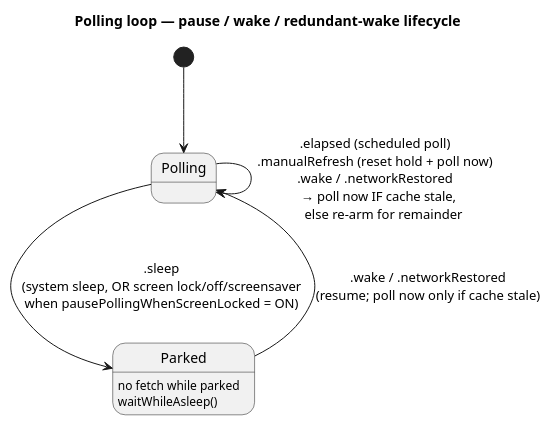
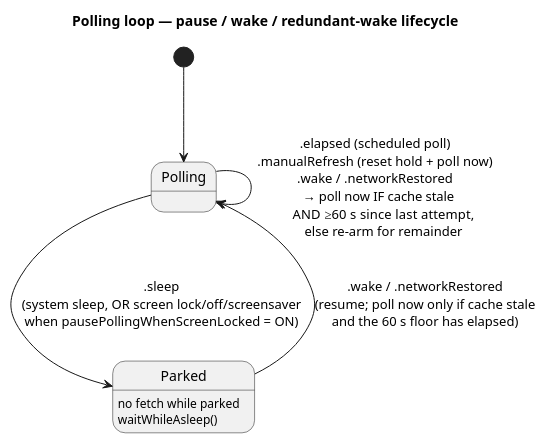
Before and after one commit to artem-from-ua/tokenpace: the second of 6 diagrams in docs/reference/architecture/data-flow.md, drawn with PlantUML. The commit also changed other lines of this file and 22 other files, not shown here.

````diff
--- a/docs/reference/architecture/data-flow.md
+++ b/docs/reference/architecture/data-flow.md
@@ -51,11 +54,11 @@
 ```plantuml
 @startuml
 title Polling loop — pause / wake / redundant-wake lifecycle
 [*] --> Polling
-Polling --> Polling : .elapsed (scheduled poll)\n.manualRefresh (reset hold + poll now)\n.wake / .networkRestored\n  → poll now IF cache stale,\n     else re-arm for remainder
+Polling --> Polling : .elapsed (scheduled poll)\n.manualRefresh (reset hold + poll now)\n.wake / .networkRestored\n  → poll now IF cache stale\n     AND ≥60 s since last attempt,\n     else re-arm for remainder
 Polling --> Parked : .sleep\n(system sleep, OR screen lock/off/screensaver\nwhen pausePollingWhenScreenLocked = ON)
-Parked --> Polling : .wake / .networkRestored\n(resume; poll now only if cache stale)
+Parked --> Polling : .wake / .networkRestored\n(resume; poll now only if cache stale\nand the 60 s floor has elapsed)
 Parked : no fetch while parked
 Parked : waitWhileAsleep()
 @enduml
 ```
````
